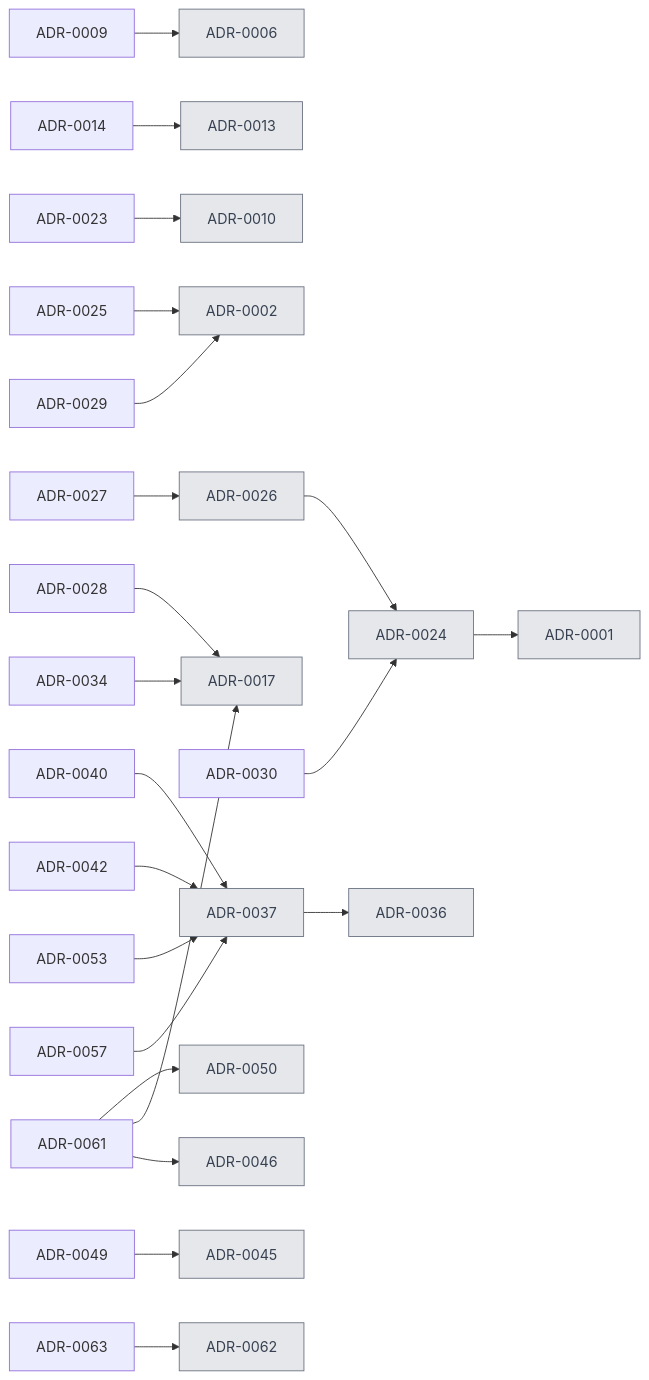
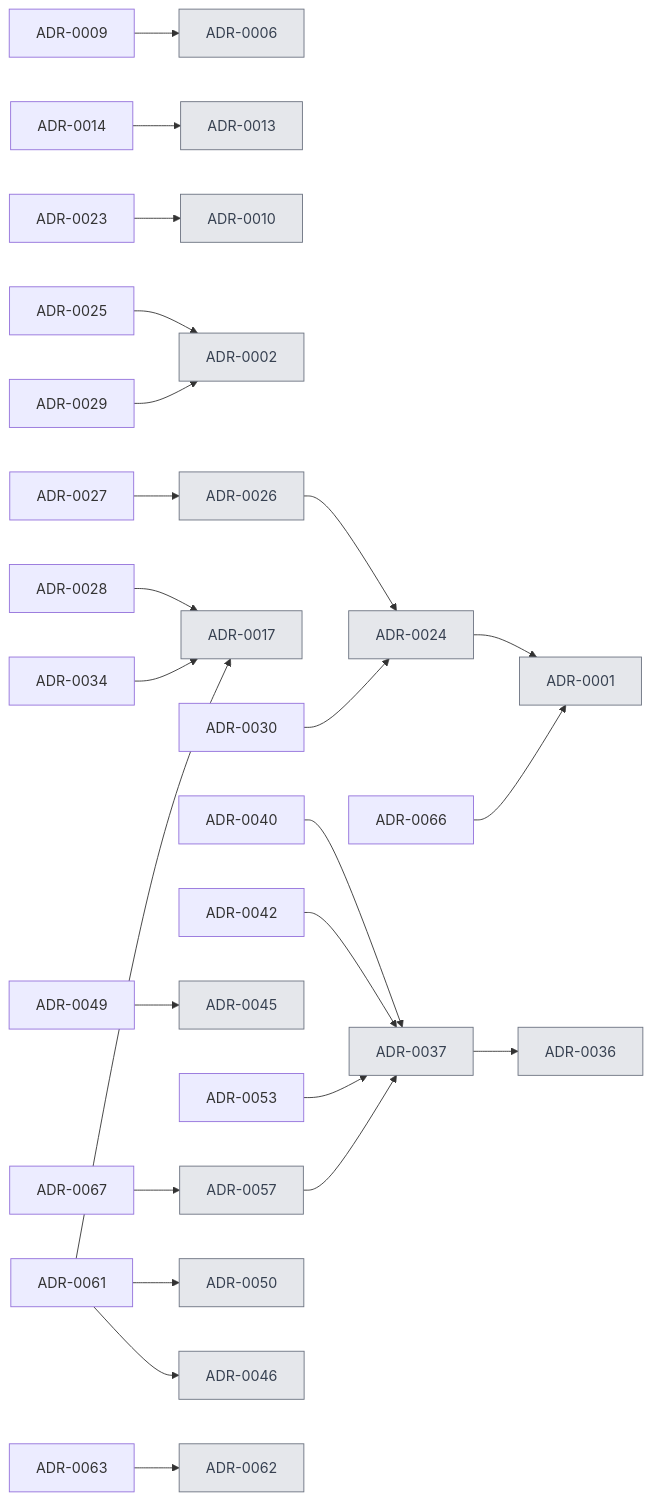
The diagram in docs/decisions/index.md (VM-s-Solutions/cleansia), drawn with Mermaid before and after one commit. The commit also changed other lines of this file and 18 other files, not shown here.

````diff
--- a/docs/decisions/index.md
+++ b/docs/decisions/index.md
@@ -18,26 +18,28 @@
 ```mermaid
 flowchart LR
   A0009[ADR-0009] --> A0006[ADR-0006]
   A0014[ADR-0014] --> A0013[ADR-0013]
   A0023[ADR-0023] --> A0010[ADR-0010]
   A0024[ADR-0024] --> A0001[ADR-0001]
   A0025[ADR-0025] --> A0002[ADR-0002]
   A0026[ADR-0026] --> A0024[ADR-0024]
   A0027[ADR-0027] --> A0026[ADR-0026]
   A0028[ADR-0028] --> A0017[ADR-0017]
   A0029[ADR-0029] --> A0002[ADR-0002]
   A0030[ADR-0030] --> A0024[ADR-0024]
   A0034[ADR-0034] --> A0017[ADR-0017]
   A0037[ADR-0037] --> A0036[ADR-0036]
   A0040[ADR-0040] --> A0037[ADR-0037]
   A0042[ADR-0042] --> A0037[ADR-0037]
   A0049[ADR-0049] --> A0045[ADR-0045]
   A0053[ADR-0053] --> A0037[ADR-0037]
   A0057[ADR-0057] --> A0037[ADR-0037]
   A0061[ADR-0061] --> A0050[ADR-0050]
   A0061[ADR-0061] --> A0017[ADR-0017]
   A0061[ADR-0061] --> A0046[ADR-0046]
   A0063[ADR-0063] --> A0062[ADR-0062]
+  A0066[ADR-0066] --> A0001[ADR-0001]
+  A0067[ADR-0067] --> A0057[ADR-0057]
   classDef old fill:#e5e7eb,stroke:#6b7280,color:#374151
-  class A0001,A0002,A0006,A0010,A0013,A0017,A0024,A0026,A0036,A0037,A0045,A0046,A0050,A0062 old
+  class A0001,A0002,A0006,A0010,A0013,A0017,A0024,A0026,A0036,A0037,A0045,A0046,A0050,A0057,A0062 old
 ```
````
